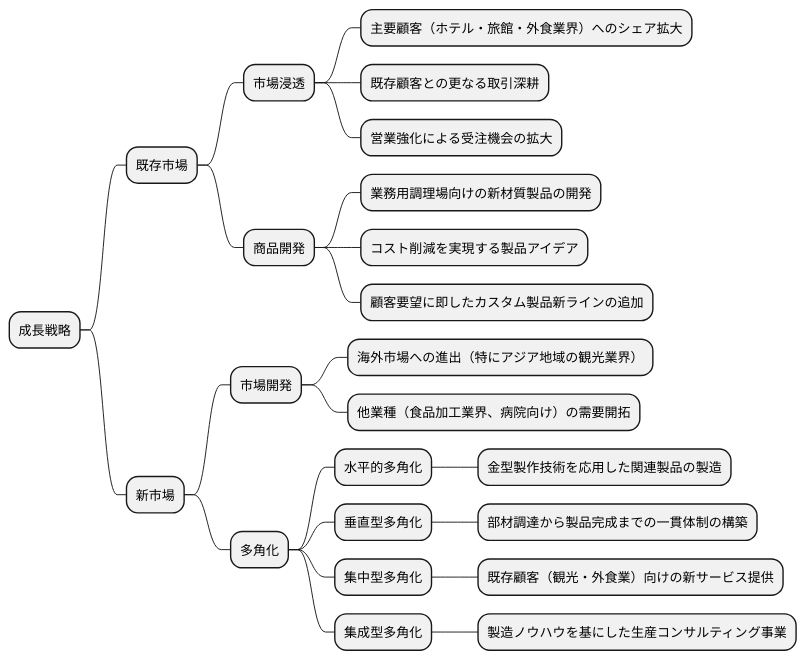
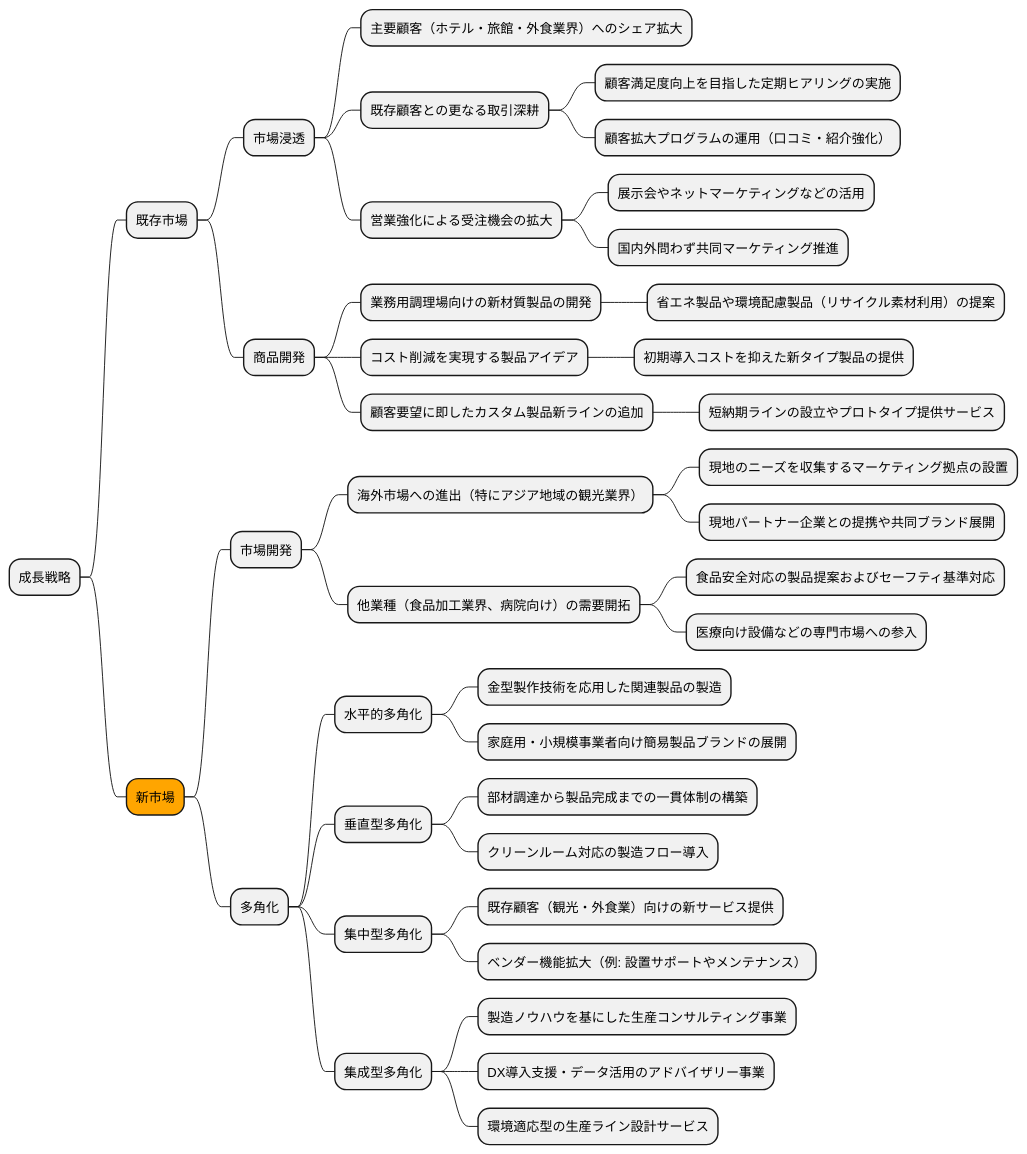
Before and after one commit to k2works/case-study-business-analysis: the sixth of 19 diagrams in docs/case/r04_case_3.adoc, drawn with PlantUML. The commit also changed other lines of this file, not shown here.

```diff
--- a/docs/case/r04_case_3.adoc
+++ b/docs/case/r04_case_3.adoc
@@ -247,30 +280,46 @@
 [plantuml]
 ----
 @startmindmap
 
 * 成長戦略
 ** 既存市場
 *** 市場浸透
 **** 主要顧客（ホテル・旅館・外食業界）へのシェア拡大
 **** 既存顧客との更なる取引深耕
+***** 顧客満足度向上を目指した定期ヒアリングの実施
+***** 顧客拡大プログラムの運用（口コミ・紹介強化）
 **** 営業強化による受注機会の拡大
+***** 展示会やネットマーケティングなどの活用
+***** 国内外問わず共同マーケティング推進
 *** 商品開発
 **** 業務用調理場向けの新材質製品の開発
+***** 省エネ製品や環境配慮製品（リサイクル素材利用）の提案
 **** コスト削減を実現する製品アイデア
+***** 初期導入コストを抑えた新タイプ製品の提供
 **** 顧客要望に即したカスタム製品新ラインの追加
-** 新市場
+***** 短納期ラインの設立やプロトタイプ提供サービス
+**[#orange] 新市場
 *** 市場開発
 **** 海外市場への進出（特にアジア地域の観光業界）
+***** 現地のニーズを収集するマーケティング拠点の設置
+***** 現地パートナー企業との提携や共同ブランド展開
 **** 他業種（食品加工業界、病院向け）の需要開拓
+***** 食品安全対応の製品提案およびセーフティ基準対応
+***** 医療向け設備などの専門市場への参入
 *** 多角化
 **** 水平的多角化
 ***** 金型製作技術を応用した関連製品の製造
+***** 家庭用・小規模事業者向け簡易製品ブランドの展開
 **** 垂直型多角化
 ***** 部材調達から製品完成までの一貫体制の構築
+***** クリーンルーム対応の製造フロー導入
 **** 集中型多角化
 ***** 既存顧客（観光・外食業）向けの新サービス提供
+***** ベンダー機能拡大（例: 設置サポートやメンテナンス）
 **** 集成型多角化
 ***** 製造ノウハウを基にした生産コンサルティング事業
+***** DX導入支援・データ活用のアドバイザリー事業
+***** 環境適応型の生産ライン設計サービス
 
 @endmindmap
 ----
```
